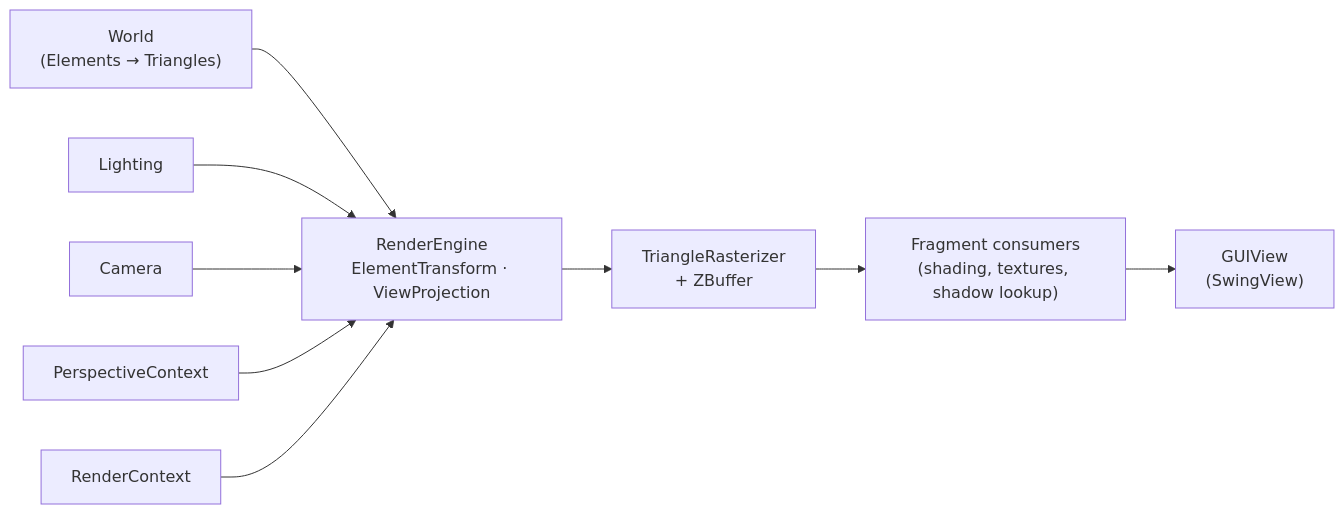
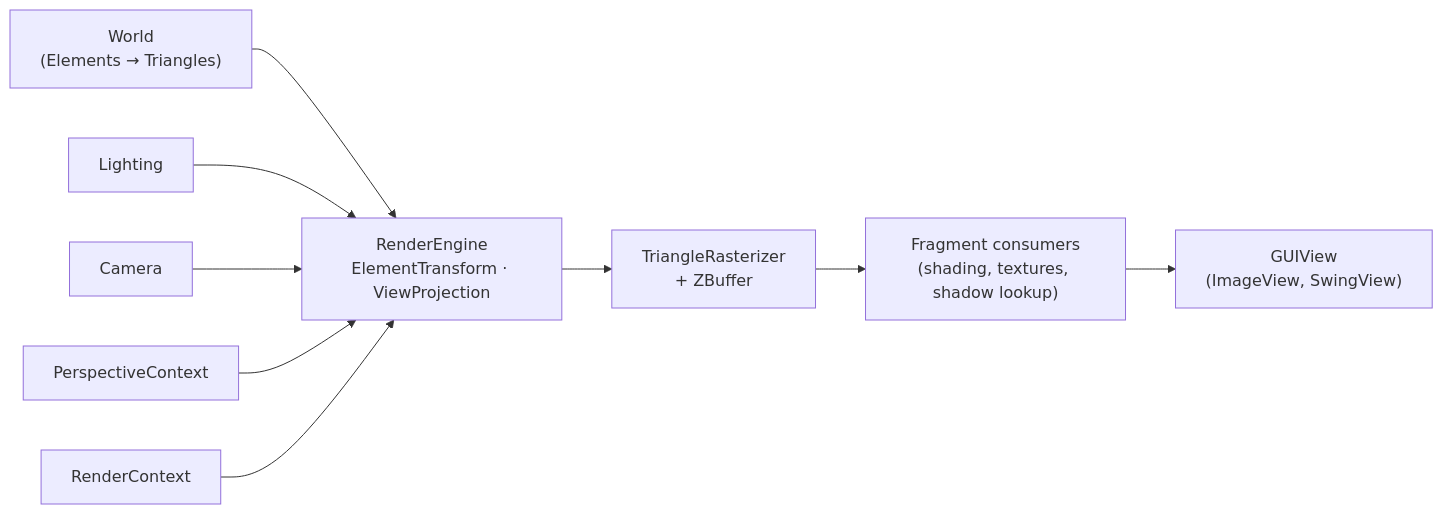
Before and after one commit to obarry/Aventura: the diagram in README.md, drawn with Mermaid. The commit also changed other lines of this file and 83 other files, not shown here.

First line of the commit message:
GUI-independent ImageView; view cleanup; backlog

````diff
--- a/README.md
+++ b/README.md
@@ -221,11 +219,11 @@
 ```mermaid
 flowchart LR
     W["World<br/>(Elements → Triangles)"] --> RE
     L[Lighting] --> RE
     C[Camera] --> RE
     PC[PerspectiveContext] --> RE
     RC[RenderContext] --> RE
     RE["RenderEngine<br/>ElementTransform · ViewProjection"] --> R["TriangleRasterizer<br/>+ ZBuffer"]
     R --> F["Fragment consumers<br/>(shading, textures, shadow lookup)"]
-    F --> V["GUIView<br/>(SwingView)"]
+    F --> V["GUIView<br/>(ImageView, SwingView)"]
 ```
````
